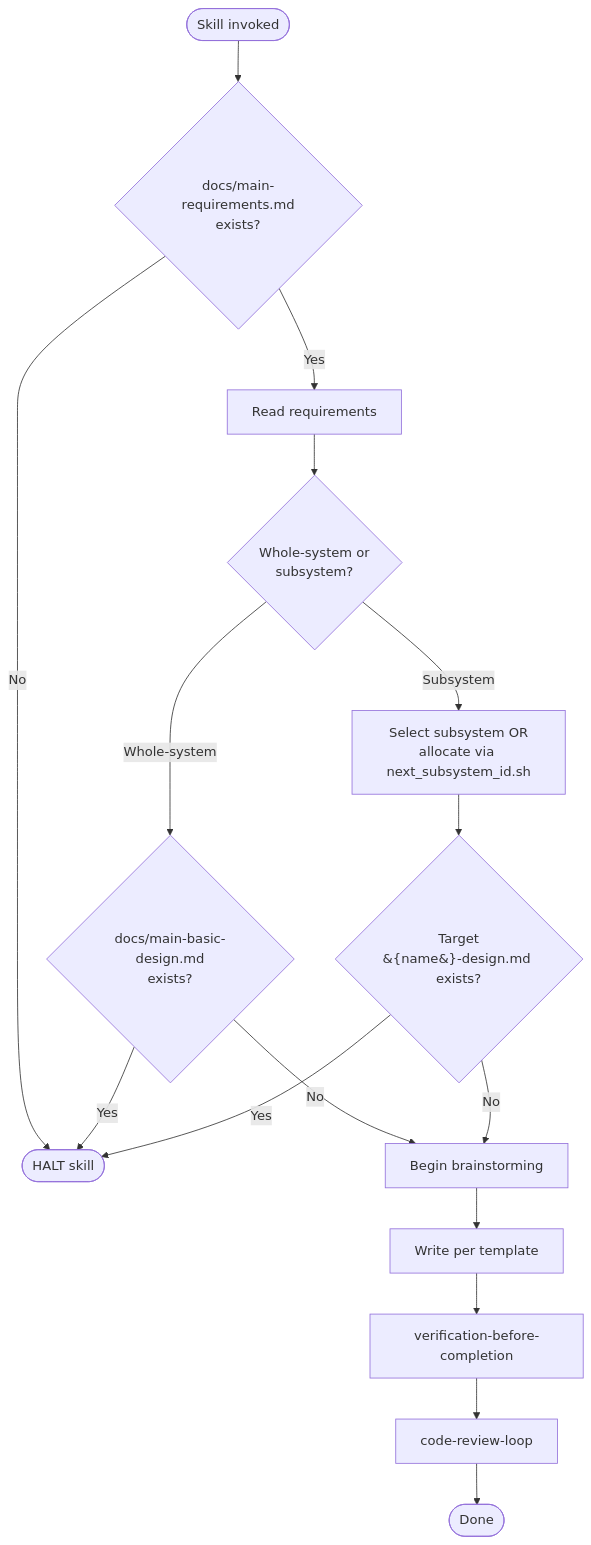
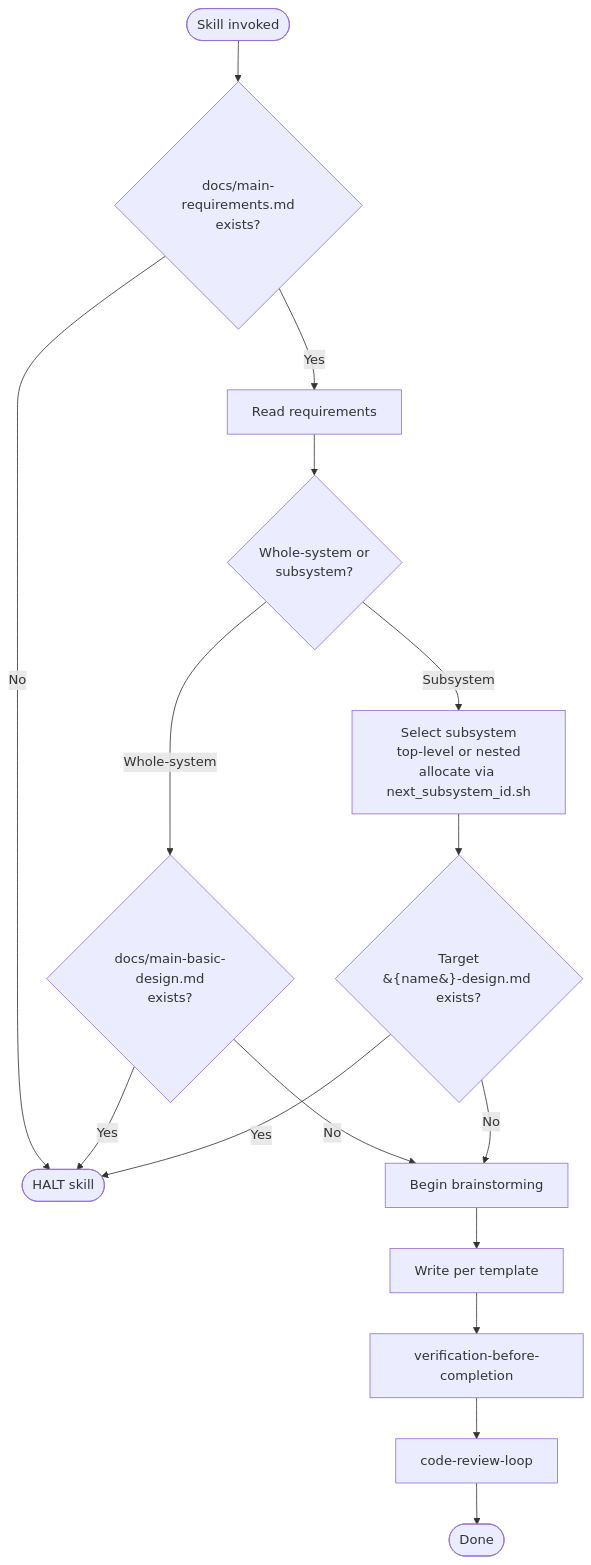
The diagram in .claude/skills/creating-basic-design/SKILL.md (wintermaples/spec-coexist), drawn with Mermaid before and after one commit. The commit also changed other lines of this file and 28 other files, not shown here.

First line of the commit message:
feat: add nested subsystem support for hierarchical decomposition (#7)

````diff
--- a/.claude/skills/creating-basic-design/SKILL.md
+++ b/.claude/skills/creating-basic-design/SKILL.md
@@ -31,18 +31,18 @@
 ```mermaid
 flowchart TD
     Start([Skill invoked]) --> Q1{docs/main-requirements.md<br/>exists?}
     Q1 -- No --> Stop([HALT skill])
     Q1 -- Yes --> R1[Read requirements]
     R1 --> Q2{Whole-system or<br/>subsystem?}
     Q2 -- Whole-system --> Q3A{docs/main-basic-design.md<br/>exists?}
-    Q2 -- Subsystem --> S1[Select subsystem OR<br/>allocate via next_subsystem_id.sh]
+    Q2 -- Subsystem --> S1[Select subsystem<br/>top-level or nested<br/>allocate via next_subsystem_id.sh]
     S1 --> Q3B{"Target<br/>&#123;name&#125;-design.md exists?"}
     Q3A -- Yes --> Stop
     Q3A -- No --> BS[Begin brainstorming]
     Q3B -- Yes --> Stop
     Q3B -- No --> BS
     BS --> Write[Write per template]
     Write --> Verify[verification-before-completion]
     Verify --> Review[code-review-loop]
     Review --> End([Done])
 ```
````
